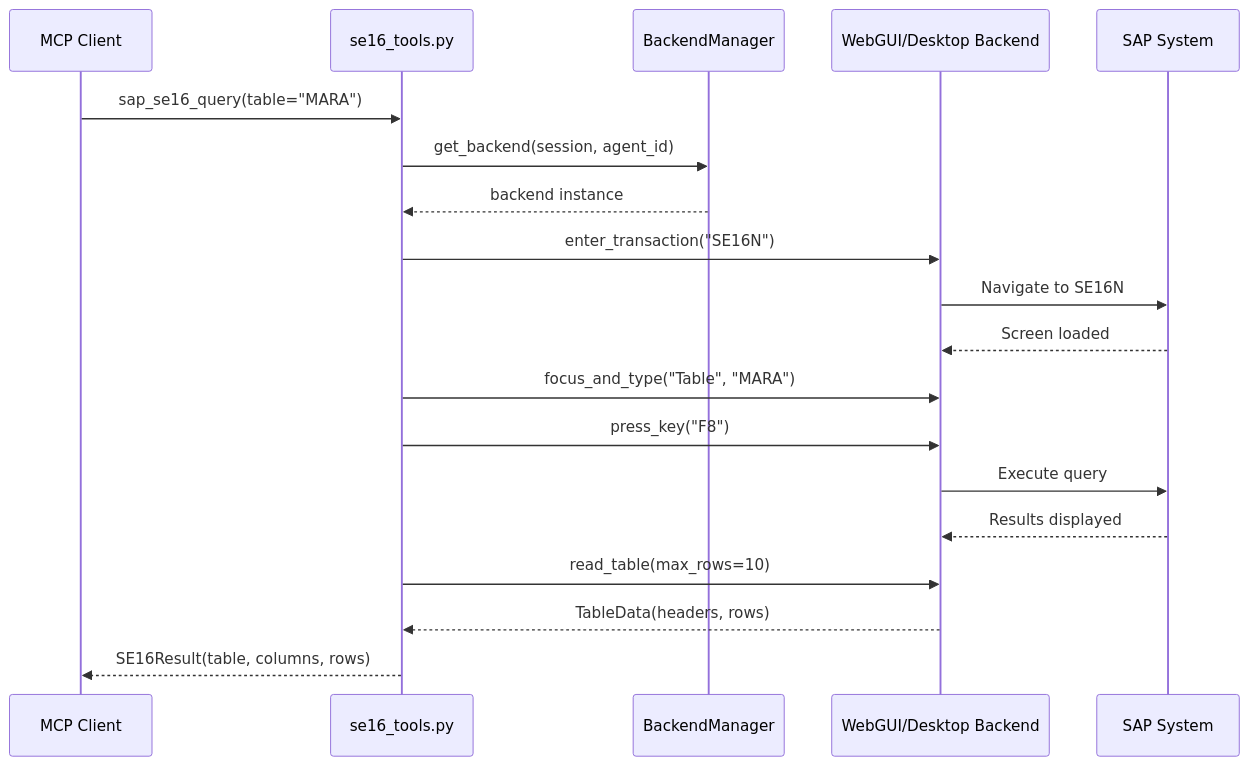
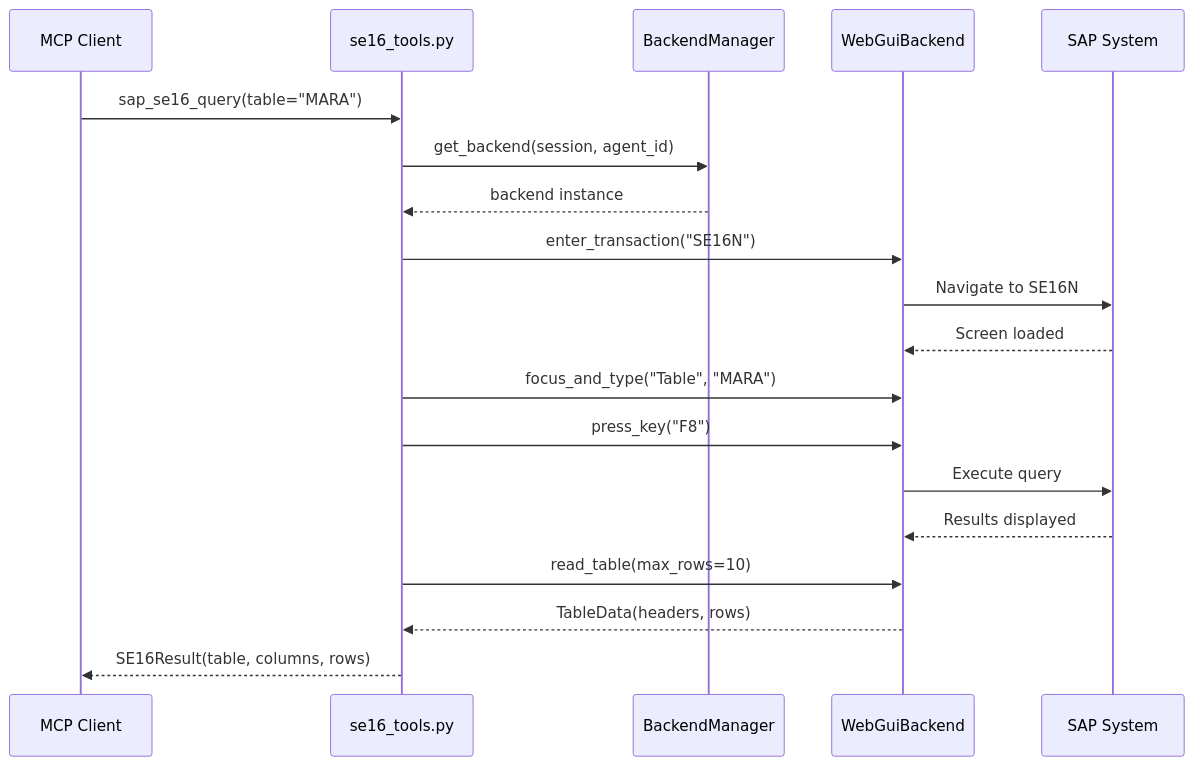
Before and after one commit to Hochfrequenz/sapwebgui.mcp: the second of 2 diagrams in ARCHITECTURE.md, drawn with Mermaid. The commit also changed other lines of this file and 21 other files, not shown here.

First line of the commit message:
docs(#59): documentation for the WebGUI project (#72)

````diff
--- a/ARCHITECTURE.md
+++ b/ARCHITECTURE.md
@@ -51,22 +47,22 @@
 ```mermaid
 sequenceDiagram
     participant LLM as MCP Client
     participant Tool as se16_tools.py
     participant Mgr as BackendManager
-    participant BE as WebGUI/Desktop Backend
+    participant BE as WebGuiBackend
     participant SAP as SAP System
 
     LLM->>Tool: sap_se16_query(table="MARA")
     Tool->>Mgr: get_backend(session, agent_id)
     Mgr-->>Tool: backend instance
     Tool->>BE: enter_transaction("SE16N")
     BE->>SAP: Navigate to SE16N
     SAP-->>BE: Screen loaded
     Tool->>BE: focus_and_type("Table", "MARA")
     Tool->>BE: press_key("F8")
     BE->>SAP: Execute query
     SAP-->>BE: Results displayed
     Tool->>BE: read_table(max_rows=10)
     BE-->>Tool: TableData(headers, rows)
     Tool-->>LLM: SE16Result(table, columns, rows)
 ```
````
